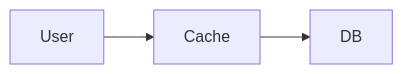
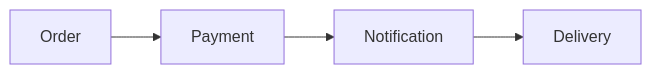
One commit to dbajajmnk/systemdesign changed the seventh of 11 diagrams in systemdesign/7. Performance and Latency Considerations/Concept.md. Above: the diagram before and after it, drawn with Mermaid. The commit also changed other lines of this file and 4 other files, not shown here.

````diff
--- a/systemdesign/7. Performance and Latency Considerations/Concept.md
+++ b/systemdesign/7. Performance and Latency Considerations/Concept.md
@@ -282,4 +214,9 @@
 ```mermaid
 flowchart LR
-    User --> Cache --> DB
+
+Order --> Payment
+
+Payment --> Notification
+
+Notification --> Delivery
 ```
````
